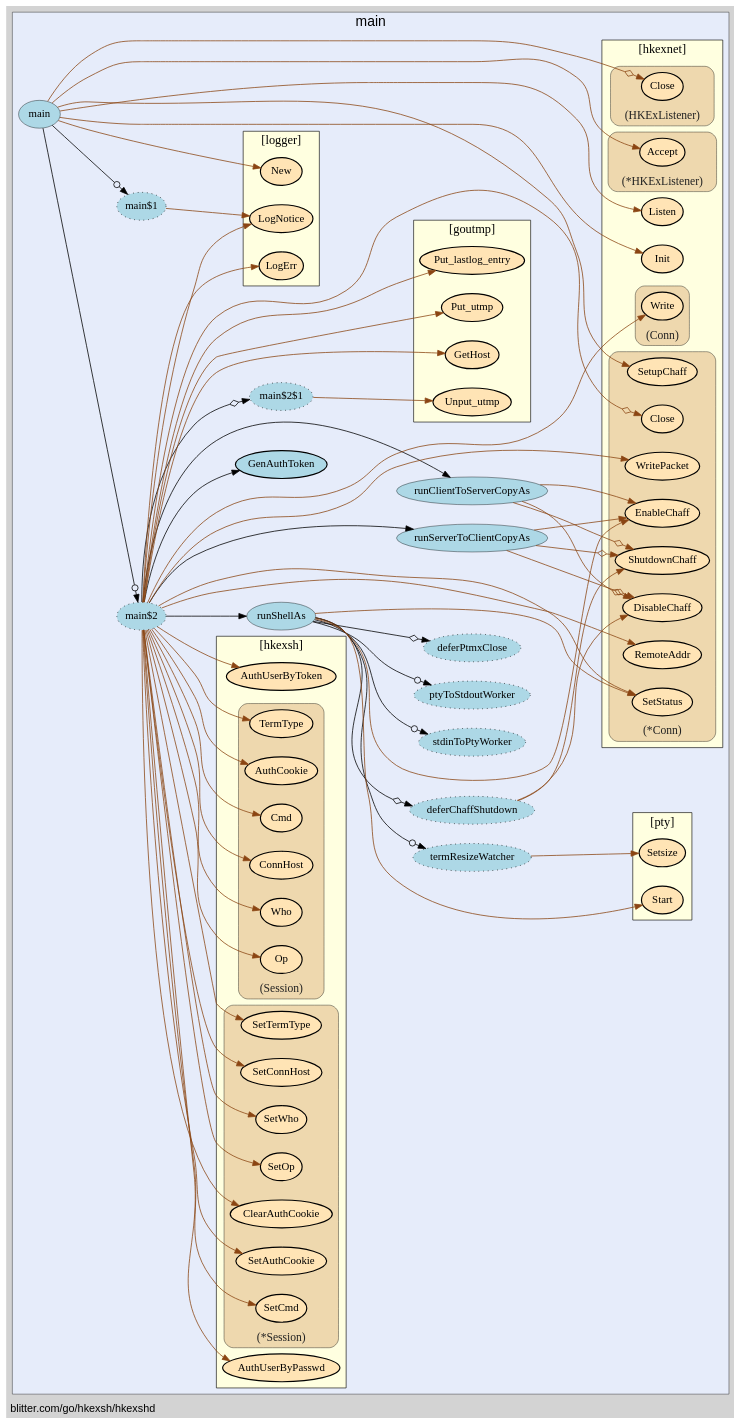
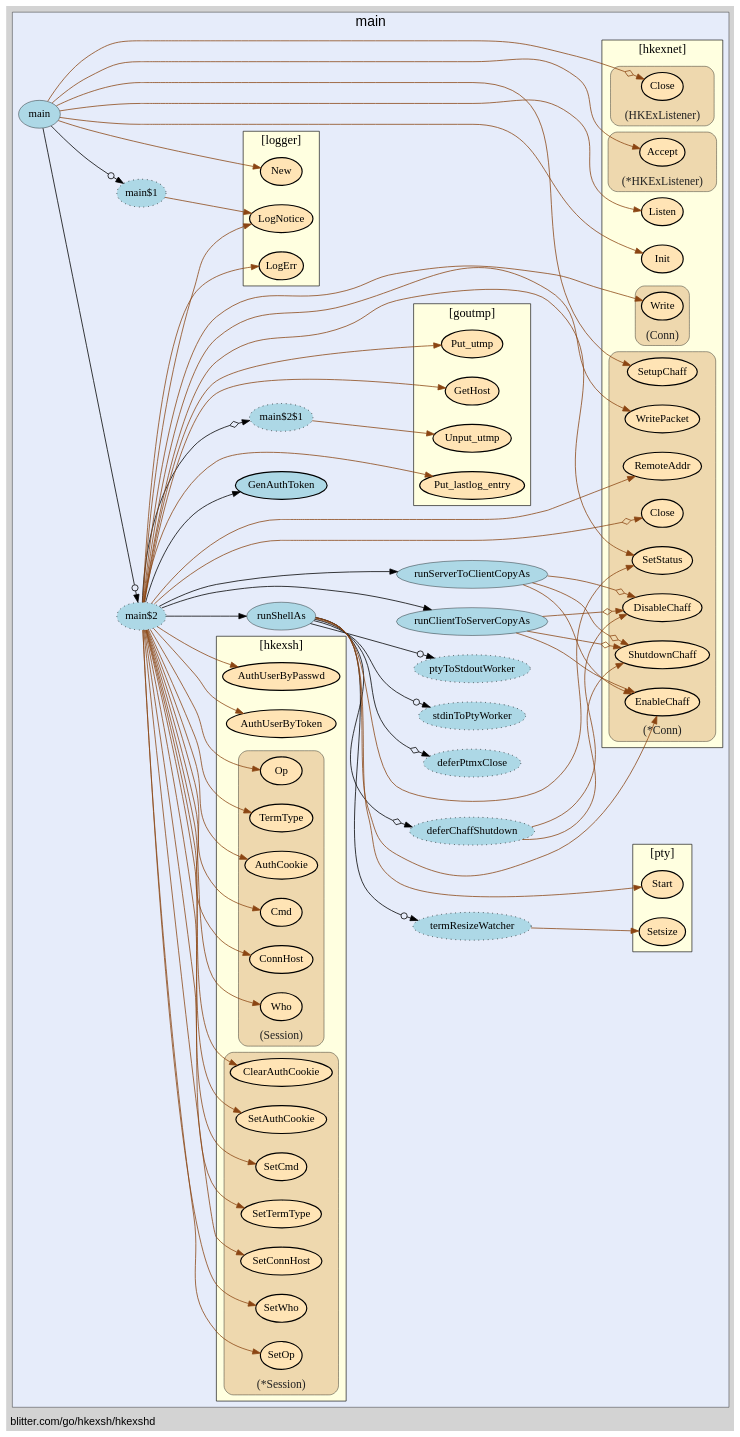
One commit to isgasho/xs changed the diagram in hkexshd/hkexshd-vis.gv. Above: the diagram before and after it, drawn with Graphviz. The commit also changed 4 other files, not shown here.

Commit message:
Regen of graphviz diagrams

```diff
--- a/hkexshd/hkexshd-vis.gv
+++ b/hkexshd/hkexshd-vis.gv
@@ -14,90 +14,90 @@
     edge [minlen="2"]
 
     subgraph "cluster_focus" {
-        bgcolor="#e6ecfa";
-label="main";
+        label="main";
 labelloc="t";
 labeljust="c";
 fontsize="18";
+bgcolor="#e6ecfa";
         
-        "blitter.com/go/hkexsh/hkexshd.runShellAs$2" [ fillcolor="lightblue" label="termResizeWatcher" style="dotted,filled" ]
-        "blitter.com/go/hkexsh/hkexshd.runClientToServerCopyAs" [ fillcolor="lightblue" label="runClientToServerCopyAs" penwidth="0.5" ]
         "blitter.com/go/hkexsh/hkexshd.main" [ fillcolor="lightblue" label="main" penwidth="0.5" ]
-        "blitter.com/go/hkexsh/hkexshd.main$1" [ label="main$1" style="dotted,filled" fillcolor="lightblue" ]
-        "blitter.com/go/hkexsh/hkexshd.main$2" [ fillcolor="lightblue" label="main$2" style="dotted,filled" ]
+        "blitter.com/go/hkexsh/hkexshd.main$1" [ fillcolor="lightblue" label="main$1" style="dotted,filled" ]
+        "blitter.com/go/hkexsh/hkexshd.main$2" [ label="main$2" style="dotted,filled" fillcolor="lightblue" ]
         "blitter.com/go/hkexsh/hkexshd.GenAuthToken" [ fillcolor="lightblue" label="GenAuthToken" penwidth="1.5" ]
         "blitter.com/go/hkexsh/hkexshd.runShellAs" [ fillcolor="lightblue" label="runShellAs" penwidth="0.5" ]
-        "blitter.com/go/hkexsh/hkexshd.runShellAs$1" [ label="deferPtmxClose" style="dotted,filled" fillcolor="lightblue" ]
-        "blitter.com/go/hkexsh/hkexshd.runShellAs$3" [ label="stdinToPtyWorker" style="dotted,filled" fillcolor="lightblue" ]
+        "blitter.com/go/hkexsh/hkexshd.runShellAs$1" [ fillcolor="lightblue" label="deferPtmxClose" style="dotted,filled" ]
+        "blitter.com/go/hkexsh/hkexshd.runShellAs$2" [ fillcolor="lightblue" label="termResizeWatcher" style="dotted,filled" ]
+        "blitter.com/go/hkexsh/hkexshd.runShellAs$3" [ fillcolor="lightblue" label="stdinToPtyWorker" style="dotted,filled" ]
         "blitter.com/go/hkexsh/hkexshd.runShellAs$4" [ fillcolor="lightblue" label="deferChaffShutdown" style="dotted,filled" ]
-        "blitter.com/go/hkexsh/hkexshd.runShellAs$5" [ fillcolor="lightblue" label="ptyToStdoutWorker" style="dotted,filled" ]
-        "blitter.com/go/hkexsh/hkexshd.main$2$1" [ fillcolor="lightblue" label="main$2$1" style="dotted,filled" ]
+        "blitter.com/go/hkexsh/hkexshd.runShellAs$5" [ style="dotted,filled" fillcolor="lightblue" label="ptyToStdoutWorker" ]
+        "blitter.com/go/hkexsh/hkexshd.main$2$1" [ style="dotted,filled" fillcolor="lightblue" label="main$2$1" ]
+        "blitter.com/go/hkexsh/hkexshd.runClientToServerCopyAs" [ penwidth="0.5" fillcolor="lightblue" label="runClientToServerCopyAs" ]
         "blitter.com/go/hkexsh/hkexshd.runServerToClientCopyAs" [ fillcolor="lightblue" label="runServerToClientCopyAs" penwidth="0.5" ]
         
         subgraph "cluster_blitter.com/go/goutmp" {
-        fontsize="16";
-fontname="bold";
-label="[goutmp]";
-penwidth="0.8";
-style="filled";
+        style="filled";
 fillcolor="lightyellow";
 rank="sink";
+label="[goutmp]";
 URL="/?f=blitter.com/go/goutmp";
 tooltip="package: blitter.com/go/goutmp";
+fontsize="16";
+fontname="bold";
+penwidth="0.8";
         
         "blitter.com/go/goutmp.GetHost" [ fillcolor="moccasin" label="GetHost" penwidth="1.5" ]
         "blitter.com/go/goutmp.Put_utmp" [ fillcolor="moccasin" label="Put_utmp" penwidth="1.5" ]
         "blitter.com/go/goutmp.Unput_utmp" [ label="Unput_utmp" penwidth="1.5" fillcolor="moccasin" ]
-        "blitter.com/go/goutmp.Put_lastlog_entry" [ penwidth="1.5" fillcolor="moccasin" label="Put_lastlog_entry" ]
+        "blitter.com/go/goutmp.Put_lastlog_entry" [ fillcolor="moccasin" label="Put_lastlog_entry" penwidth="1.5" ]
         
     }
 
         subgraph "cluster_blitter.com/go/hkexsh" {
-        fontname="bold";
+        style="filled";
+fillcolor="lightyellow";
+fontname="bold";
 rank="sink";
+penwidth="0.8";
+fontsize="16";
+label="[hkexsh]";
 URL="/?f=blitter.com/go/hkexsh";
 tooltip="package: blitter.com/go/hkexsh";
-penwidth="0.8";
-fillcolor="lightyellow";
-label="[hkexsh]";
-fontsize="16";
-style="filled";
         
         "blitter.com/go/hkexsh.AuthUserByToken" [ fillcolor="moccasin" label="AuthUserByToken" penwidth="1.5" ]
-        "blitter.com/go/hkexsh.AuthUserByPasswd" [ label="AuthUserByPasswd" penwidth="1.5" fillcolor="moccasin" ]
+        "blitter.com/go/hkexsh.AuthUserByPasswd" [ fillcolor="moccasin" label="AuthUserByPasswd" penwidth="1.5" ]
         
         subgraph "cluster_*blitter.com/go/hkexsh.Session" {
-        label="(*Session)";
-tooltip="type: *blitter.com/go/hkexsh.Session";
-penwidth="0.5";
+        penwidth="0.5";
 fontsize="15";
 fontcolor="#222222";
 labelloc="b";
 style="rounded,filled";
 fillcolor="wheat2";
+label="(*Session)";
+tooltip="type: *blitter.com/go/hkexsh.Session";
         
         "(*blitter.com/go/hkexsh.Session).SetOp" [ fillcolor="moccasin" label="SetOp" penwidth="1.5" ]
-        "(*blitter.com/go/hkexsh.Session).SetWho" [ label="SetWho" penwidth="1.5" fillcolor="moccasin" ]
-        "(*blitter.com/go/hkexsh.Session).SetConnHost" [ label="SetConnHost" penwidth="1.5" fillcolor="moccasin" ]
+        "(*blitter.com/go/hkexsh.Session).SetWho" [ fillcolor="moccasin" label="SetWho" penwidth="1.5" ]
+        "(*blitter.com/go/hkexsh.Session).SetConnHost" [ penwidth="1.5" fillcolor="moccasin" label="SetConnHost" ]
         "(*blitter.com/go/hkexsh.Session).SetTermType" [ fillcolor="moccasin" label="SetTermType" penwidth="1.5" ]
         "(*blitter.com/go/hkexsh.Session).SetCmd" [ fillcolor="moccasin" label="SetCmd" penwidth="1.5" ]
         "(*blitter.com/go/hkexsh.Session).SetAuthCookie" [ fillcolor="moccasin" label="SetAuthCookie" penwidth="1.5" ]
-        "(*blitter.com/go/hkexsh.Session).ClearAuthCookie" [ penwidth="1.5" fillcolor="moccasin" label="ClearAuthCookie" ]
+        "(*blitter.com/go/hkexsh.Session).ClearAuthCookie" [ label="ClearAuthCookie" penwidth="1.5" fillcolor="moccasin" ]
         
     }
 
         subgraph "cluster_blitter.com/go/hkexsh.Session" {
-        fontcolor="#222222";
-labelloc="b";
-style="rounded,filled";
+        style="rounded,filled";
 fillcolor="wheat2";
 label="(Session)";
 tooltip="type: blitter.com/go/hkexsh.Session";
 penwidth="0.5";
 fontsize="15";
+fontcolor="#222222";
+labelloc="b";
         
-        "(blitter.com/go/hkexsh.Session).Op" [ penwidth="1.5" fillcolor="moccasin" label="Op" ]
-        "(blitter.com/go/hkexsh.Session).Who" [ fillcolor="moccasin" label="Who" penwidth="1.5" ]
+        "(blitter.com/go/hkexsh.Session).Op" [ fillcolor="moccasin" label="Op" penwidth="1.5" ]
+        "(blitter.com/go/hkexsh.Session).Who" [ penwidth="1.5" fillcolor="moccasin" label="Who" ]
         "(blitter.com/go/hkexsh.Session).ConnHost" [ fillcolor="moccasin" label="ConnHost" penwidth="1.5" ]
         "(blitter.com/go/hkexsh.Session).Cmd" [ label="Cmd" penwidth="1.5" fillcolor="moccasin" ]
         "(blitter.com/go/hkexsh.Session).AuthCookie" [ fillcolor="moccasin" label="AuthCookie" penwidth="1.5" ]
@@ -109,76 +109,76 @@
 
         subgraph "cluster_blitter.com/go/hkexsh/hkexnet" {
         penwidth="0.8";
+rank="sink";
 fontsize="16";
 style="filled";
 fillcolor="lightyellow";
+fontname="bold";
 label="[hkexnet]";
 URL="/?f=blitter.com/go/hkexsh/hkexnet";
-fontname="bold";
-rank="sink";
 tooltip="package: blitter.com/go/hkexsh/hkexnet";
         
         "blitter.com/go/hkexsh/hkexnet.Init" [ fillcolor="moccasin" label="Init" penwidth="1.5" ]
-        "blitter.com/go/hkexsh/hkexnet.Listen" [ penwidth="1.5" fillcolor="moccasin" label="Listen" ]
+        "blitter.com/go/hkexsh/hkexnet.Listen" [ fillcolor="moccasin" label="Listen" penwidth="1.5" ]
         
         subgraph "cluster_*blitter.com/go/hkexsh/hkexnet.Conn" {
+        fillcolor="wheat2";
+label="(*Conn)";
+tooltip="type: *blitter.com/go/hkexsh/hkexnet.Conn";
+penwidth="0.5";
+fontsize="15";
+fontcolor="#222222";
+labelloc="b";
+style="rounded,filled";
+        
+        "(*blitter.com/go/hkexsh/hkexnet.Conn).SetupChaff" [ fillcolor="moccasin" label="SetupChaff" penwidth="1.5" ]
+        "(*blitter.com/go/hkexsh/hkexnet.Conn).Close" [ fillcolor="moccasin" label="Close" penwidth="1.5" ]
+        "(*blitter.com/go/hkexsh/hkexnet.Conn).RemoteAddr" [ label="RemoteAddr" penwidth="1.5" fillcolor="moccasin" ]
+        "(*blitter.com/go/hkexsh/hkexnet.Conn).EnableChaff" [ fillcolor="moccasin" label="EnableChaff" penwidth="1.5" ]
+        "(*blitter.com/go/hkexsh/hkexnet.Conn).DisableChaff" [ fillcolor="moccasin" label="DisableChaff" penwidth="1.5" ]
+        "(*blitter.com/go/hkexsh/hkexnet.Conn).ShutdownChaff" [ fillcolor="moccasin" label="ShutdownChaff" penwidth="1.5" ]
+        "(*blitter.com/go/hkexsh/hkexnet.Conn).SetStatus" [ fillcolor="moccasin" label="SetStatus" penwidth="1.5" ]
+        "(*blitter.com/go/hkexsh/hkexnet.Conn).WritePacket" [ fillcolor="moccasin" label="WritePacket" penwidth="1.5" ]
+        
+    }
+
+        subgraph "cluster_*blitter.com/go/hkexsh/hkexnet.HKExListener" {
+        style="rounded,filled";
+fillcolor="wheat2";
+label="(*HKExListener)";
+tooltip="type: *blitter.com/go/hkexsh/hkexnet.HKExListener";
+penwidth="0.5";
+fontsize="15";
+fontcolor="#222222";
+labelloc="b";
+        
+        "(*blitter.com/go/hkexsh/hkexnet.HKExListener).Accept" [ penwidth="1.5" fillcolor="moccasin" label="Accept" ]
+        
+    }
+
+        subgraph "cluster_blitter.com/go/hkexsh/hkexnet.Conn" {
+        fontcolor="#222222";
+labelloc="b";
+style="rounded,filled";
+fillcolor="wheat2";
+label="(Conn)";
+tooltip="type: blitter.com/go/hkexsh/hkexnet.Conn";
+penwidth="0.5";
+fontsize="15";
+        
+        "(blitter.com/go/hkexsh/hkexnet.Conn).Write" [ penwidth="1.5" fillcolor="moccasin" label="Write" ]
+        
+    }
+
+        subgraph "cluster_blitter.com/go/hkexsh/hkexnet.HKExListener" {
         penwidth="0.5";
 fontsize="15";
 fontcolor="#222222";
 labelloc="b";
 style="rounded,filled";
 fillcolor="wheat2";
-label="(*Conn)";
-tooltip="type: *blitter.com/go/hkexsh/hkexnet.Conn";
-        
-        "(*blitter.com/go/hkexsh/hkexnet.Conn).EnableChaff" [ penwidth="1.5" fillcolor="moccasin" label="EnableChaff" ]
-        "(*blitter.com/go/hkexsh/hkexnet.Conn).DisableChaff" [ fillcolor="moccasin" label="DisableChaff" penwidth="1.5" ]
-        "(*blitter.com/go/hkexsh/hkexnet.Conn).ShutdownChaff" [ fillcolor="moccasin" label="ShutdownChaff" penwidth="1.5" ]
-        "(*blitter.com/go/hkexsh/hkexnet.Conn).SetupChaff" [ fillcolor="moccasin" label="SetupChaff" penwidth="1.5" ]
-        "(*blitter.com/go/hkexsh/hkexnet.Conn).Close" [ fillcolor="moccasin" label="Close" penwidth="1.5" ]
-        "(*blitter.com/go/hkexsh/hkexnet.Conn).RemoteAddr" [ fillcolor="moccasin" label="RemoteAddr" penwidth="1.5" ]
-        "(*blitter.com/go/hkexsh/hkexnet.Conn).SetStatus" [ penwidth="1.5" fillcolor="moccasin" label="SetStatus" ]
-        "(*blitter.com/go/hkexsh/hkexnet.Conn).WritePacket" [ fillcolor="moccasin" label="WritePacket" penwidth="1.5" ]
-        
-    }
-
-        subgraph "cluster_*blitter.com/go/hkexsh/hkexnet.HKExListener" {
-        tooltip="type: *blitter.com/go/hkexsh/hkexnet.HKExListener";
-penwidth="0.5";
-fontsize="15";
-fontcolor="#222222";
-labelloc="b";
-style="rounded,filled";
-fillcolor="wheat2";
-label="(*HKExListener)";
-        
-        "(*blitter.com/go/hkexsh/hkexnet.HKExListener).Accept" [ fillcolor="moccasin" label="Accept" penwidth="1.5" ]
-        
-    }
-
-        subgraph "cluster_blitter.com/go/hkexsh/hkexnet.Conn" {
-        labelloc="b";
-style="rounded,filled";
-fillcolor="wheat2";
-label="(Conn)";
-tooltip="type: blitter.com/go/hkexsh/hkexnet.Conn";
-penwidth="0.5";
-fontsize="15";
-fontcolor="#222222";
-        
-        "(blitter.com/go/hkexsh/hkexnet.Conn).Write" [ fillcolor="moccasin" label="Write" penwidth="1.5" ]
-        
-    }
-
-        subgraph "cluster_blitter.com/go/hkexsh/hkexnet.HKExListener" {
-        fontsize="15";
-fontcolor="#222222";
-labelloc="b";
-style="rounded,filled";
-fillcolor="wheat2";
 label="(HKExListener)";
 tooltip="type: blitter.com/go/hkexsh/hkexnet.HKExListener";
-penwidth="0.5";
         
         "(blitter.com/go/hkexsh/hkexnet.HKExListener).Close" [ fillcolor="moccasin" label="Close" penwidth="1.5" ]
         
@@ -187,44 +187,40 @@
     }
 
         subgraph "cluster_blitter.com/go/hkexsh/logger" {
-        fontsize="16";
-rank="sink";
-URL="/?f=blitter.com/go/hkexsh/logger";
-tooltip="package: blitter.com/go/hkexsh/logger";
+        tooltip="package: blitter.com/go/hkexsh/logger";
 penwidth="0.8";
+fontsize="16";
 style="filled";
 fillcolor="lightyellow";
 fontname="bold";
+rank="sink";
 label="[logger]";
+URL="/?f=blitter.com/go/hkexsh/logger";
         
-        "blitter.com/go/hkexsh/logger.New" [ fillcolor="moccasin" label="New" penwidth="1.5" ]
-        "blitter.com/go/hkexsh/logger.LogNotice" [ penwidth="1.5" fillcolor="moccasin" label="LogNotice" ]
-        "blitter.com/go/hkexsh/logger.LogErr" [ penwidth="1.5" fillcolor="moccasin" label="LogErr" ]
+        "blitter.com/go/hkexsh/logger.New" [ penwidth="1.5" fillcolor="moccasin" label="New" ]
+        "blitter.com/go/hkexsh/logger.LogNotice" [ fillcolor="moccasin" label="LogNotice" penwidth="1.5" ]
+        "blitter.com/go/hkexsh/logger.LogErr" [ fillcolor="moccasin" label="LogErr" penwidth="1.5" ]
         
     }
 
         subgraph "cluster_github.com/kr/pty" {
-        style="filled";
-fontname="bold";
-rank="sink";
-URL="/?f=github.com/kr/pty";
-tooltip="package: github.com/kr/pty";
-penwidth="0.8";
+        penwidth="0.8";
 fontsize="16";
 fillcolor="lightyellow";
+rank="sink";
 label="[pty]";
+URL="/?f=github.com/kr/pty";
+style="filled";
+fontname="bold";
+tooltip="package: github.com/kr/pty";
         
+        "github.com/kr/pty.Start" [ fillcolor="moccasin" label="Start" penwidth="1.5" ]
         "github.com/kr/pty.Setsize" [ fillcolor="moccasin" label="Setsize" penwidth="1.5" ]
-        "github.com/kr/pty.Start" [ fillcolor="moccasin" label="Start" penwidth="1.5" ]
         
     }
 
     }
 
-    "blitter.com/go/hkexsh/hkexshd.runShellAs$2" -> "github.com/kr/pty.Setsize" [ color="saddlebrown" ]
-    "blitter.com/go/hkexsh/hkexshd.runClientToServerCopyAs" -> "(*blitter.com/go/hkexsh/hkexnet.Conn).EnableChaff" [ color="saddlebrown" ]
-    "blitter.com/go/hkexsh/hkexshd.runClientToServerCopyAs" -> "(*blitter.com/go/hkexsh/hkexnet.Conn).DisableChaff" [ arrowhead="normalnoneodiamond" color="saddlebrown" ]
-    "blitter.com/go/hkexsh/hkexshd.runClientToServerCopyAs" -> "(*blitter.com/go/hkexsh/hkexnet.Conn).ShutdownChaff" [ arrowhead="normalnoneodiamond" color="saddlebrown" ]
     "blitter.com/go/hkexsh/hkexshd.main" -> "blitter.com/go/hkexsh/logger.New" [ color="saddlebrown" ]
     "blitter.com/go/hkexsh/hkexshd.main" -> "blitter.com/go/hkexsh/hkexnet.Init" [ color="saddlebrown" ]
     "blitter.com/go/hkexsh/hkexshd.main$1" -> "blitter.com/go/hkexsh/logger.LogNotice" [ color="saddlebrown" ]
@@ -256,6 +252,7 @@
     "blitter.com/go/hkexsh/hkexshd.main$2" -> "(blitter.com/go/hkexsh.Session).TermType" [ color="saddlebrown" ]
     "blitter.com/go/hkexsh/hkexshd.runShellAs" -> "github.com/kr/pty.Start" [ color="saddlebrown" ]
     "blitter.com/go/hkexsh/hkexshd.runShellAs" -> "blitter.com/go/hkexsh/hkexshd.runShellAs$1" [ arrowhead="normalnoneodiamond" ]
+    "blitter.com/go/hkexsh/hkexshd.runShellAs$2" -> "github.com/kr/pty.Setsize" [ color="saddlebrown" ]
     "blitter.com/go/hkexsh/hkexshd.runShellAs" -> "blitter.com/go/hkexsh/hkexshd.runShellAs$2" [ arrowhead="normalnoneodot" ]
     "blitter.com/go/hkexsh/hkexshd.runShellAs" -> "blitter.com/go/hkexsh/hkexshd.runShellAs$3" [ arrowhead="normalnoneodot" ]
     "blitter.com/go/hkexsh/hkexshd.runShellAs" -> "(*blitter.com/go/hkexsh/hkexnet.Conn).EnableChaff" [ color="saddlebrown" ]
@@ -271,11 +268,14 @@
     "blitter.com/go/hkexsh/hkexshd.main$2$1" -> "blitter.com/go/goutmp.Unput_utmp" [ color="saddlebrown" ]
     "blitter.com/go/hkexsh/hkexshd.main$2" -> "blitter.com/go/hkexsh/hkexshd.main$2$1" [ arrowhead="normalnoneodiamond" ]
     "blitter.com/go/hkexsh/hkexshd.main$2" -> "blitter.com/go/goutmp.Put_lastlog_entry" [ color="saddlebrown" ]
+    "blitter.com/go/hkexsh/hkexshd.runClientToServerCopyAs" -> "(*blitter.com/go/hkexsh/hkexnet.Conn).EnableChaff" [ color="saddlebrown" ]
+    "blitter.com/go/hkexsh/hkexshd.runClientToServerCopyAs" -> "(*blitter.com/go/hkexsh/hkexnet.Conn).DisableChaff" [ arrowhead="normalnoneodiamond" color="saddlebrown" ]
+    "blitter.com/go/hkexsh/hkexshd.runClientToServerCopyAs" -> "(*blitter.com/go/hkexsh/hkexnet.Conn).ShutdownChaff" [ arrowhead="normalnoneodiamond" color="saddlebrown" ]
     "blitter.com/go/hkexsh/hkexshd.main$2" -> "blitter.com/go/hkexsh/hkexshd.runClientToServerCopyAs" [  ]
     "blitter.com/go/hkexsh/hkexshd.main$2" -> "(*blitter.com/go/hkexsh/hkexnet.Conn).WritePacket" [ color="saddlebrown" ]
     "blitter.com/go/hkexsh/hkexshd.runServerToClientCopyAs" -> "(*blitter.com/go/hkexsh/hkexnet.Conn).EnableChaff" [ color="saddlebrown" ]
     "blitter.com/go/hkexsh/hkexshd.runServerToClientCopyAs" -> "(*blitter.com/go/hkexsh/hkexnet.Conn).DisableChaff" [ arrowhead="normalnoneodiamond" color="saddlebrown" ]
-    "blitter.com/go/hkexsh/hkexshd.runServerToClientCopyAs" -> "(*blitter.com/go/hkexsh/hkexnet.Conn).ShutdownChaff" [ color="saddlebrown" arrowhead="normalnoneodiamond" ]
+    "blitter.com/go/hkexsh/hkexshd.runServerToClientCopyAs" -> "(*blitter.com/go/hkexsh/hkexnet.Conn).ShutdownChaff" [ arrowhead="normalnoneodiamond" color="saddlebrown" ]
     "blitter.com/go/hkexsh/hkexshd.main$2" -> "blitter.com/go/hkexsh/hkexshd.runServerToClientCopyAs" [  ]
     "blitter.com/go/hkexsh/hkexshd.main" -> "blitter.com/go/hkexsh/hkexshd.main$2" [ arrowhead="normalnoneodot" ]
 }
```
